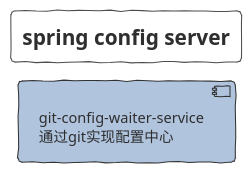
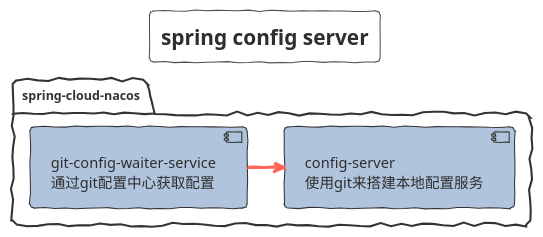
The diagram in spring-config-server/Module.puml (FantasybabyChange/springStudyProject), drawn with PlantUML before and after one commit. The commit also changed 7 other files, not shown here.

Commit message:
add spring config server

```diff
--- a/spring-config-server/Module.puml
+++ b/spring-config-server/Module.puml
@@ -1,19 +1,27 @@
 @startuml SPRING_CONFIG_SERVER
 !theme sketchy-outline
 title spring config server
 skinparam interface {
 }
 skinparam component {
    backgroundColor LightSteelBlue
    FontSize 14
    ArrowFontSize 14
    ArrowFontColor #777777
    ArrowColor #FF6655
 }
-component gcws[
-git-config-waiter-service
-通过git实现配置中心
-]
+
+package "spring-cloud-nacos"{
+   component   cs[
+   config-server
+   使用git来搭建本地配置服务
+   ]
+   component gcws[
+   git-config-waiter-service
+   通过git配置中心获取配置
+   ]
+   gcws -> cs
+}
 
 
 @enduml
```
